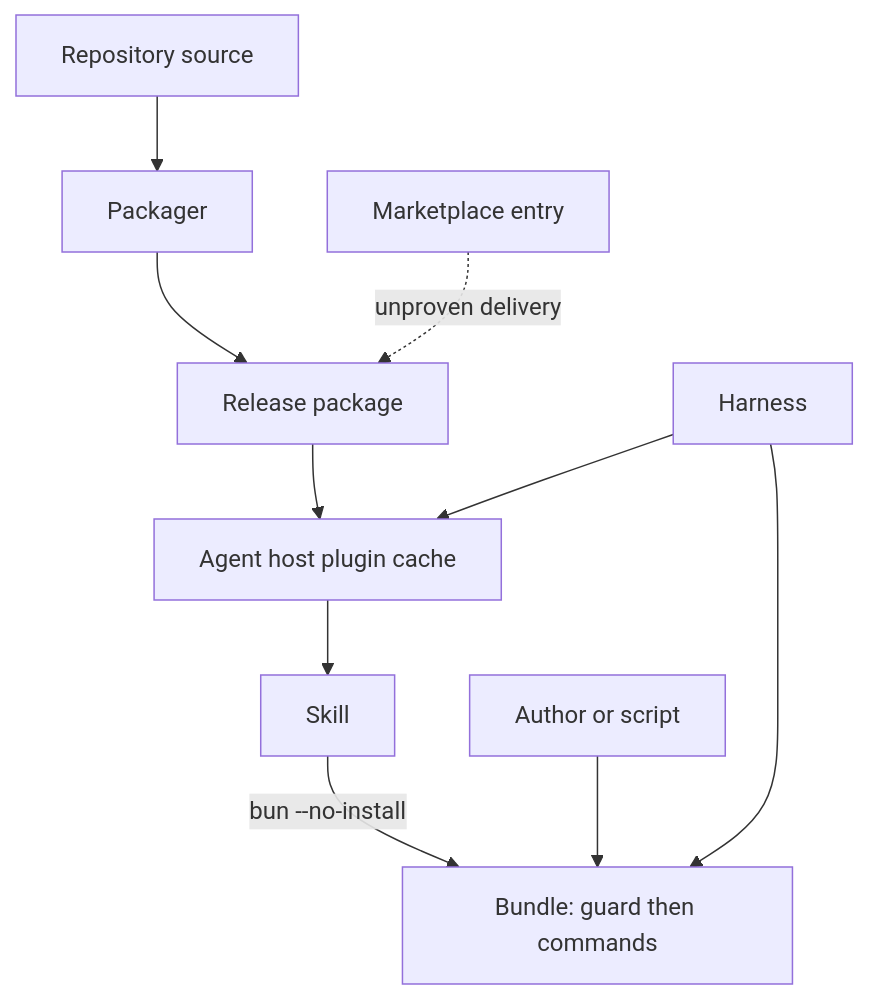
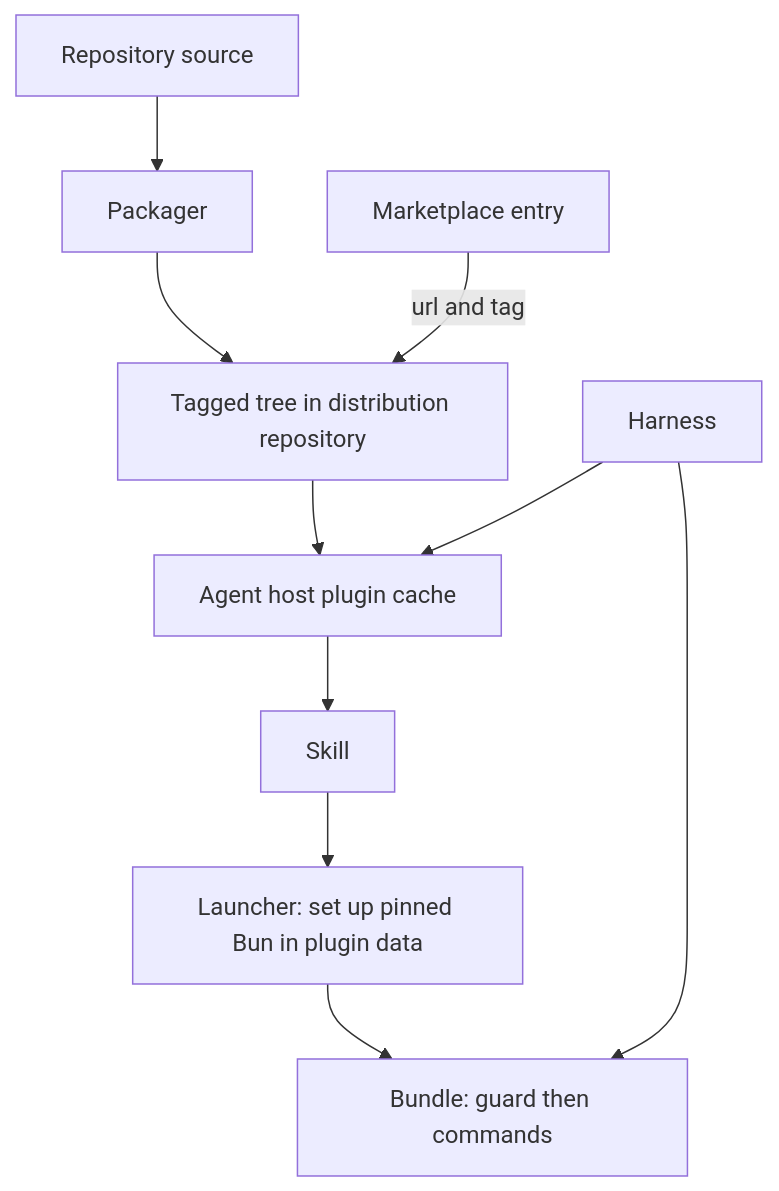
Before and after one commit to DocumentDrivenDX/stemma: the second of 2 diagrams in docs/stemma/02-design/solution-designs/SD-010-plugin-skill-and-distribution.md, drawn with Mermaid. The commit also changed other lines of this file and 53 other files, not shown here.

First line of the commit message:
Make Stemma plugin-first: the plugin sets itself up and installs from a marketplace

````diff
--- a/docs/stemma/02-design/solution-designs/SD-010-plugin-skill-and-distribution.md
+++ b/docs/stemma/02-design/solution-designs/SD-010-plugin-skill-and-distribution.md
@@ -174,12 +173,12 @@
 ```mermaid
 graph TD
     Source["Repository source"] --> Packager
-    Packager --> Package["Release package"]
-    Entry["Marketplace entry"] -.->|"unproven delivery"| Package
+    Packager --> Package["Tagged tree in distribution repository"]
+    Entry["Marketplace entry"] -->|"url and tag"| Package
     Package --> Host["Agent host plugin cache"]
     Host --> Skill
-    Skill -->|"bun --no-install"| CLI["Bundle: guard then commands"]
-    Terminal["Author or script"] --> CLI
+    Skill --> Launcher["Launcher: set up pinned Bun in plugin data"]
+    Launcher --> CLI["Bundle: guard then commands"]
     Harness --> Host
     Harness --> CLI
 ```
````
